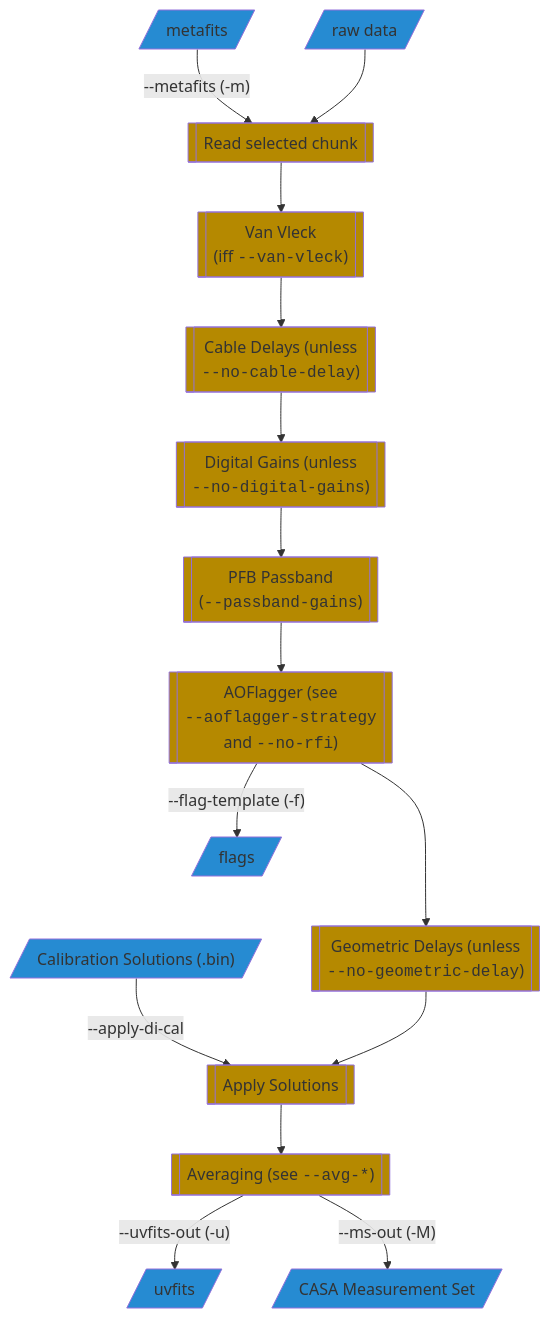
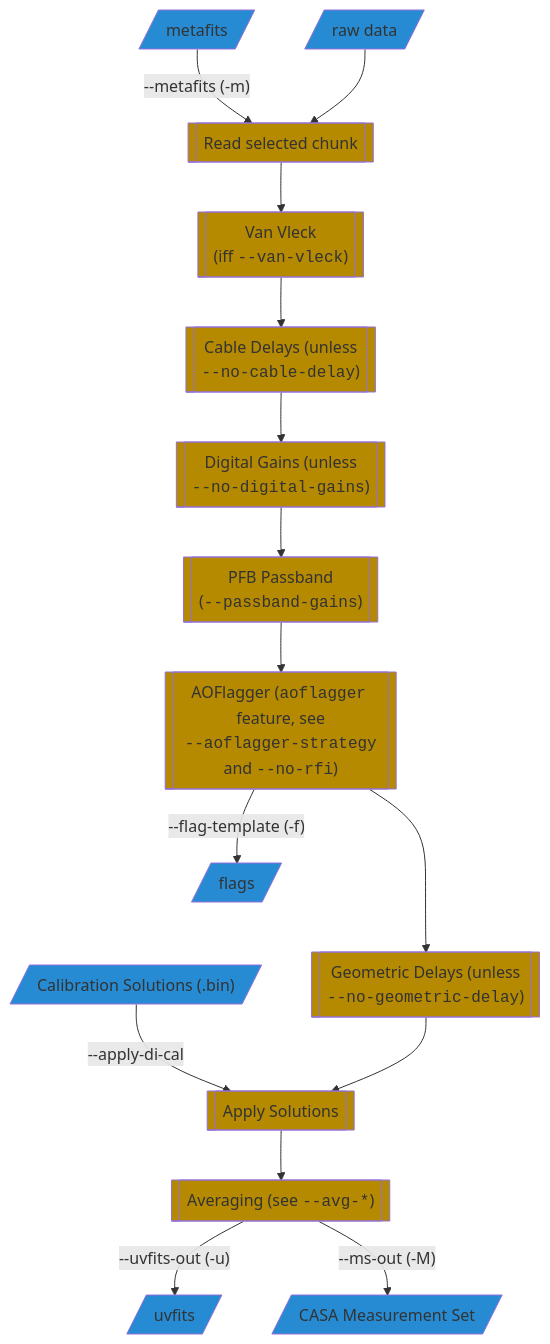
One commit to MWATelescope/Birli changed the diagram in README.md. Above: the diagram before and after it, drawn with Mermaid. The commit also changed other lines of this file and 6 other files, not shown here.

````diff
--- a/README.md
+++ b/README.md
@@ -505,41 +329,41 @@
 ```mermaid
 flowchart TD;
 classDef in fill:#2aa198;
 classDef out fill:#d33682;
 classDef file fill:#268bd2;
 classDef proc fill:#b58900;
 classDef decision fill:#cb4b16;
 
 metafits[/ metafits /]; class metafits file;
 raw[/ raw data /]; class raw file;
 prepUVFits[/ uvfits /]; class prepUVFits file;
 prepMS[/ CASA Measurement Set /]; class prepMS file;
 calSols[/"Calibration Solutions (.bin)"/]; class calSols file;
 mwaf[/"flags"/]; class mwaf file;
 
 sel[["Read selected chunk"]]; class sel proc;
 vv[["Van Vleck
 (iff <code>--van-vleck</code>)"]]; class vv proc;
 cableDel[["Cable Delays (unless
 <code>--no-cable-delay</code>)"]]; class cableDel proc;
 digGains[["Digital Gains (unless
 <code>--no-digital-gains</code>)"]]; class digGains proc;
 PFB[["PFB Passband
 (<code>--passband-gains</code>)"]]; class PFB proc;
-AOFlag[["AOFlagger (see
+AOFlag[["AOFlagger (<code>aoflagger</code> feature, see
 <code>--aoflagger-strategy</code>
 and <code>--no-rfi</code>)"]]; class AOFlag proc;
 applyCal[[ Apply Solutions ]]; class applyCal proc;
 geometric[["Geometric Delays (unless
 <code>--no-geometric-delay</code>)"]]; class geometric proc;
 avg[["Averaging (see <code>--avg-*</code>)"]]; class avg proc;
 
 metafits -->|"--metafits (-m)"| sel
 raw --> sel
 sel --> vv --> cableDel --> digGains --> PFB --> AOFlag ---> geometric
 AOFlag -->|"--flag-template (-f)"| mwaf
 calSols -->|"--apply-di-cal"| applyCal
 geometric --> applyCal --> avg
 avg -->|"--uvfits-out (-u)"| prepUVFits
 avg -->|"--ms-out (-M)"| prepMS
 ```
````
